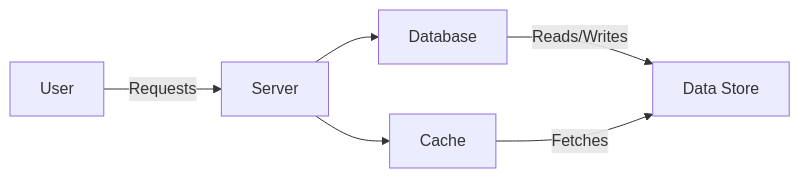
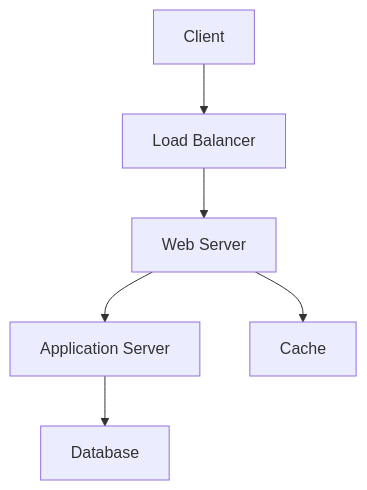
One commit to MechanicsDSL/mechanicsdsl changed the diagram in ARCHITECTURE.md. Above: the diagram before and after it, drawn with Mermaid.

Commit message:
Add architecture overview diagram

````diff
--- a/ARCHITECTURE.md
+++ b/ARCHITECTURE.md
@@ -1,8 +1,8 @@
 ```mermaid
-graph LR
-    A[User] -->|Requests| B[Server]
-    B --> C[Database]
-    B --> D[Cache]
-    C -->|Reads/Writes| E[Data Store]
-    D -->|Fetches| E
+  graph TD;
+      A[Client] --> B[Load Balancer];
+      B --> C[Web Server];
+      C --> D[Application Server];
+      D --> E[Database];
+      C --> F[Cache];
 ```
````
